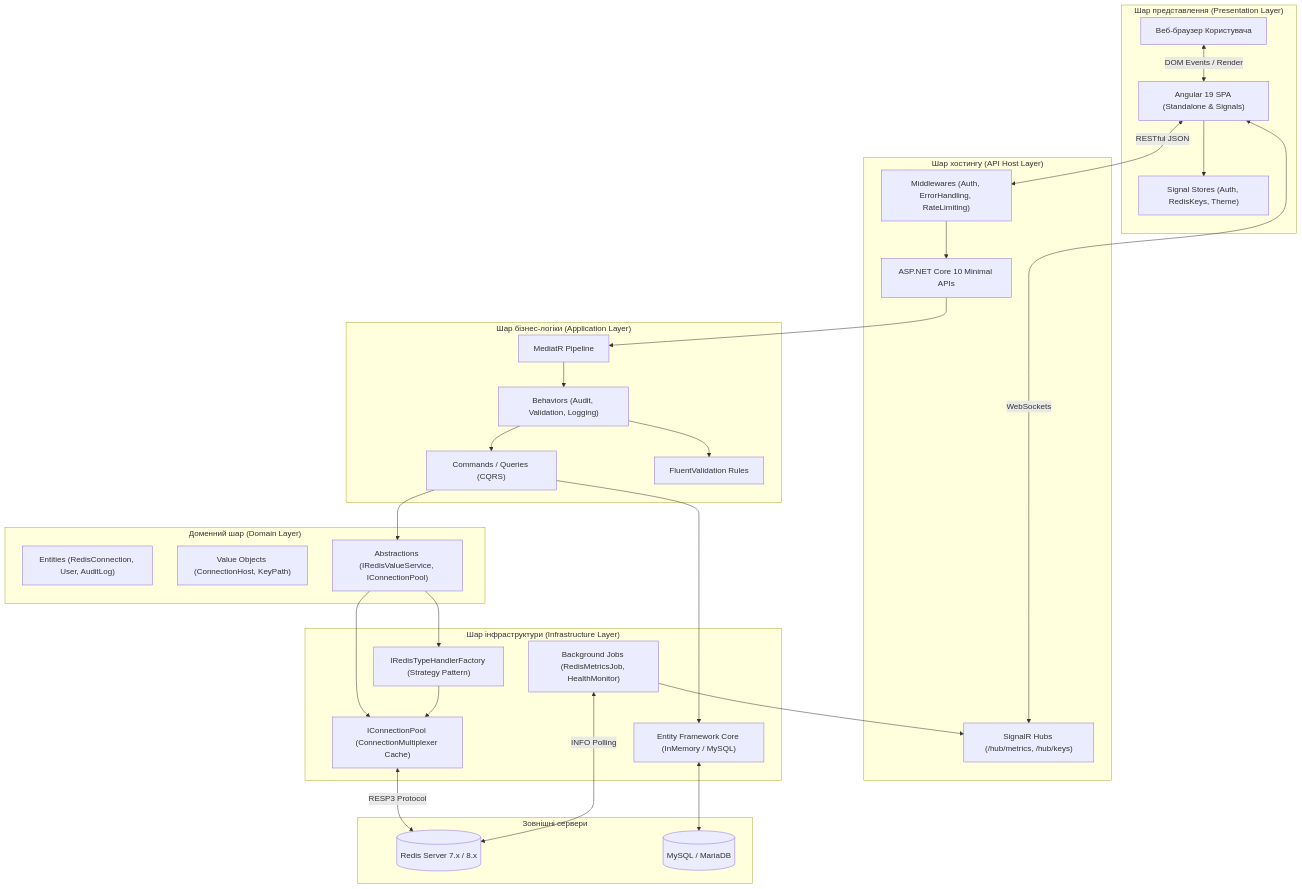
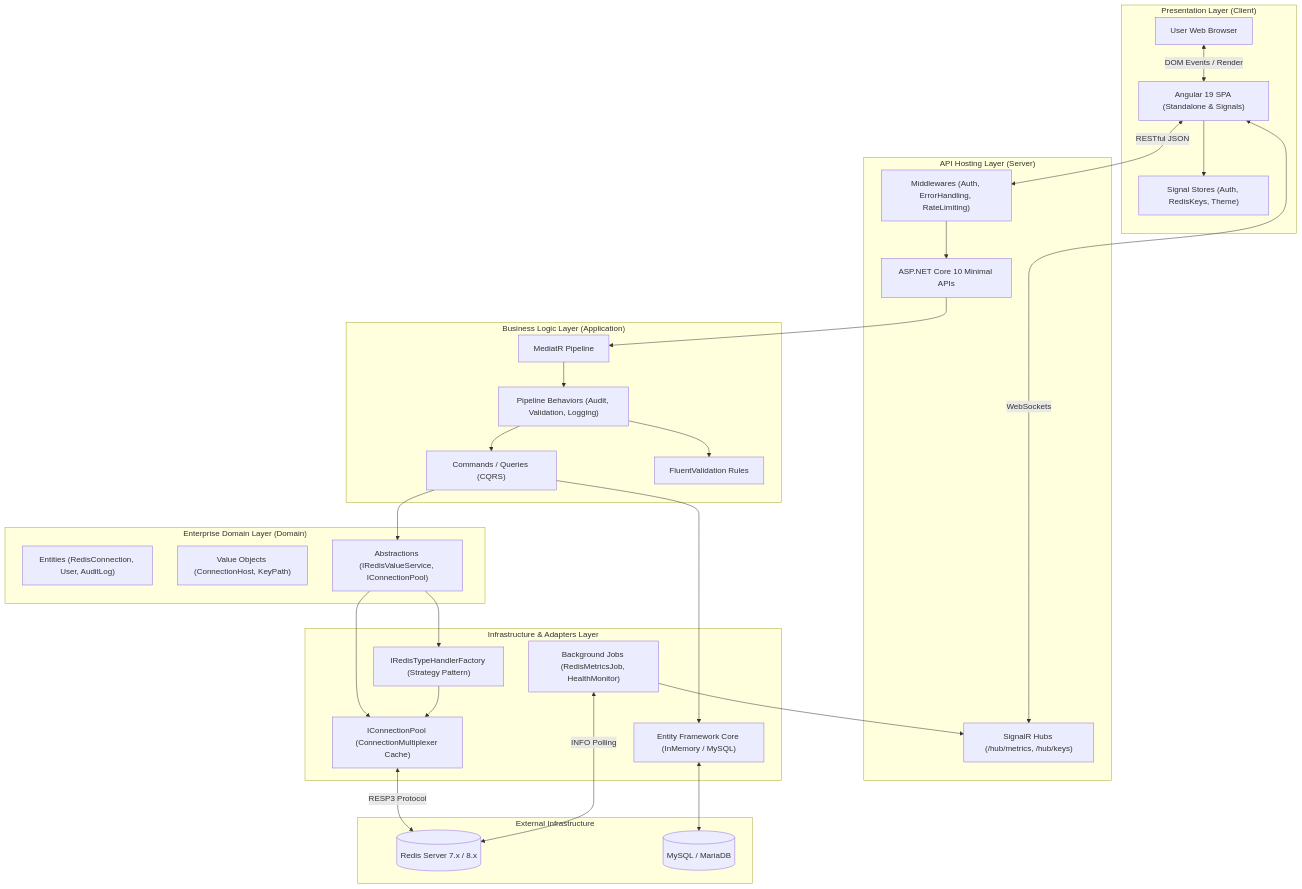
One commit to dellik95/redis-gui changed the first of 8 diagrams in docs/diagrams.md. Above: the diagram before and after it, drawn with Mermaid. The commit also changed other lines of this file and 30 other files, not shown here.

````diff
--- a/docs/diagrams.md
+++ b/docs/diagrams.md
@@ -9,58 +9,58 @@
 ```mermaid
 flowchart TD
-    subgraph UI ["Шар представлення (Presentation Layer)"]
-        Browser["Веб-браузер Користувача"]
+    subgraph UI ["Presentation Layer (Client)"]
+        Browser["User Web Browser"]
         AngularApp["Angular 19 SPA (Standalone & Signals)"]
         SignalStore["Signal Stores (Auth, RedisKeys, Theme)"]
         Browser <-->|DOM Events / Render| AngularApp
         AngularApp --> SignalStore
     end
 
-    subgraph Host ["Шар хостингу (API Host Layer)"]
+    subgraph Host ["API Hosting Layer (Server)"]
         ServerAPI["ASP.NET Core 10 Minimal APIs"]
         SignalRHubs["SignalR Hubs (/hub/metrics, /hub/keys)"]
         Middlewares["Middlewares (Auth, ErrorHandling, RateLimiting)"]
     end
 
-    subgraph AppLayer ["Шар бізнес-логіки (Application Layer)"]
+    subgraph AppLayer ["Business Logic Layer (Application)"]
         MediatR["MediatR Pipeline"]
-        Behaviors["Behaviors (Audit, Validation, Logging)"]
+        Behaviors["Pipeline Behaviors (Audit, Validation, Logging)"]
         Commands["Commands / Queries (CQRS)"]
         Validators["FluentValidation Rules"]
     end
 
-    subgraph DomainLayer ["Доменний шар (Domain Layer)"]
+    subgraph DomainLayer ["Enterprise Domain Layer (Domain)"]
         Entities["Entities (RedisConnection, User, AuditLog)"]
         ValueObjects["Value Objects (ConnectionHost, KeyPath)"]
         DomainContracts["Abstractions (IRedisValueService, IConnectionPool)"]
     end
 
-    subgraph InfraLayer ["Шар інфраструктури (Infrastructure Layer)"]
+    subgraph InfraLayer ["Infrastructure & Adapters Layer"]
         ConnPool["IConnectionPool (ConnectionMultiplexer Cache)"]
         TypeFactory["IRedisTypeHandlerFactory (Strategy Pattern)"]
         BgServices["Background Jobs (RedisMetricsJob, HealthMonitor)"]
         EFCore["Entity Framework Core (InMemory / MySQL)"]
     end
 
-    subgraph External ["Зовнішні сервери"]
+    subgraph External ["External Infrastructure"]
         RedisServer[("Redis Server 7.x / 8.x")]
         RelationalDB[("MySQL / MariaDB")]
     end
 
     AngularApp <-->|RESTful JSON| Middlewares
     AngularApp <-->|WebSockets| SignalRHubs
     Middlewares --> ServerAPI
     ServerAPI --> MediatR
     MediatR --> Behaviors
     Behaviors --> Validators
     Behaviors --> Commands
     Commands --> DomainContracts
     DomainContracts --> TypeFactory
     DomainContracts --> ConnPool
     TypeFactory --> ConnPool
     ConnPool <-->|RESP3 Protocol| RedisServer
     BgServices <-->|INFO Polling| RedisServer
     BgServices --> SignalRHubs
     EFCore <--> RelationalDB
     Commands --> EFCore
 ```
````
